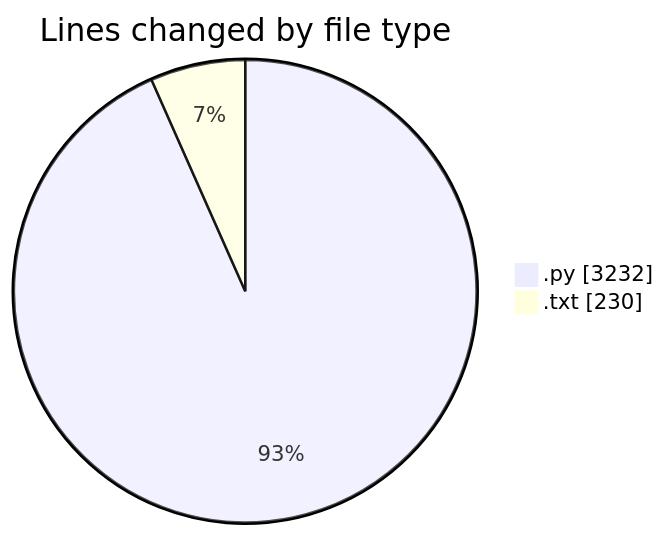
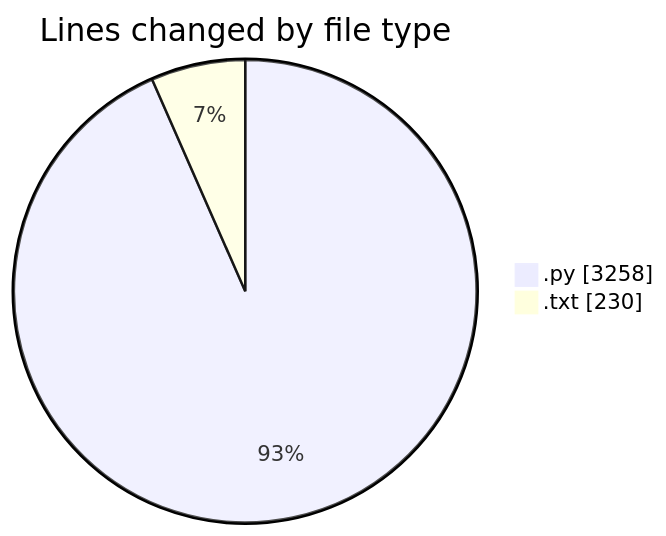
One commit to Ritupan-Deka/code-tracking changed the first of 2 diagrams in 2025-05-26/zip_file/README.md. Above: the diagram before and after it, drawn with Mermaid. The commit also changed other lines of this file and 1 other file, not shown here.

````diff
--- a/2025-05-26/zip_file/README.md
+++ b/2025-05-26/zip_file/README.md
@@ -31,6 +31,6 @@
 ```mermaid
 pie showData
 title Lines changed by file type
-".py" : 3232
+".py" : 3258
 ".txt" : 230
 ```
````
